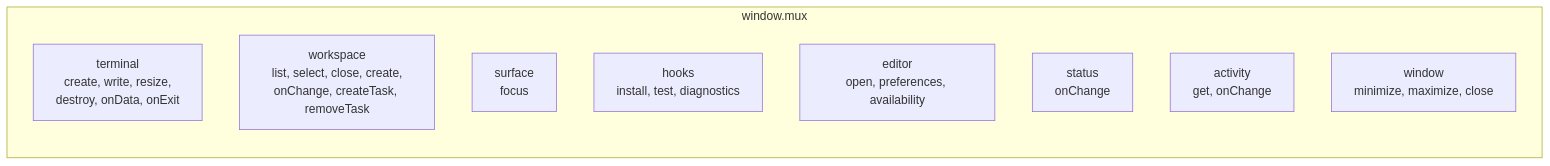
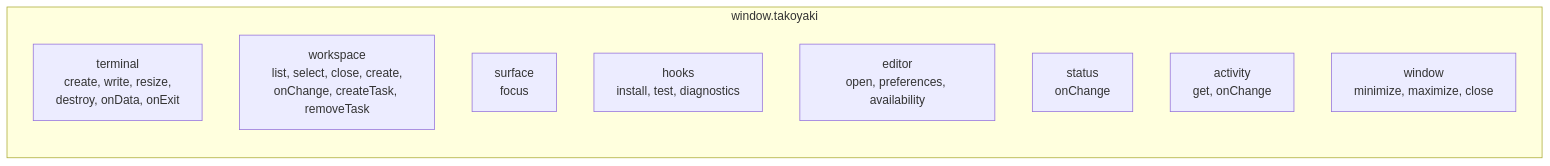
The eighth of 10 diagrams in docs/ARCHITECTURE.md (adikuma/takoyaki), drawn with Mermaid before and after one commit. The commit also changed other lines of this file and 41 other files, not shown here.

````diff
--- a/docs/ARCHITECTURE.md
+++ b/docs/ARCHITECTURE.md
@@ -151,13 +151,13 @@
 ```mermaid
 graph LR
-    subgraph window.mux
+    subgraph window.takoyaki
         terminal["terminal<br/>create, write, resize,<br/>destroy, onData, onExit"]
         workspace["workspace<br/>list, select, close, create,<br/>onChange, createTask, removeTask"]
         surface["surface<br/>focus"]
         hooks["hooks<br/>install, test, diagnostics"]
         editor["editor<br/>open, preferences, availability"]
         status["status<br/>onChange"]
         activity["activity<br/>get, onChange"]
         window["window<br/>minimize, maximize, close"]
     end
 ```
````
